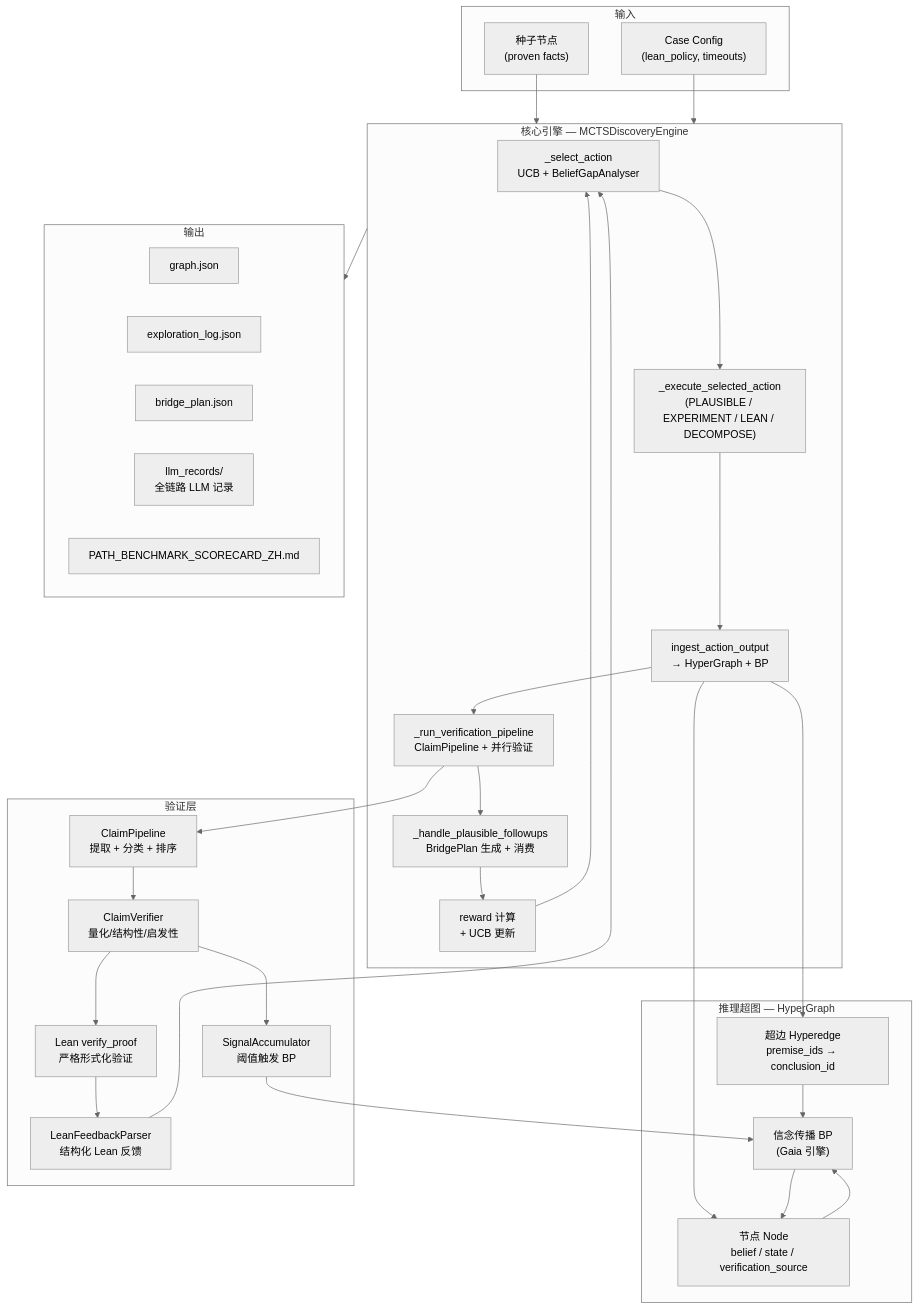
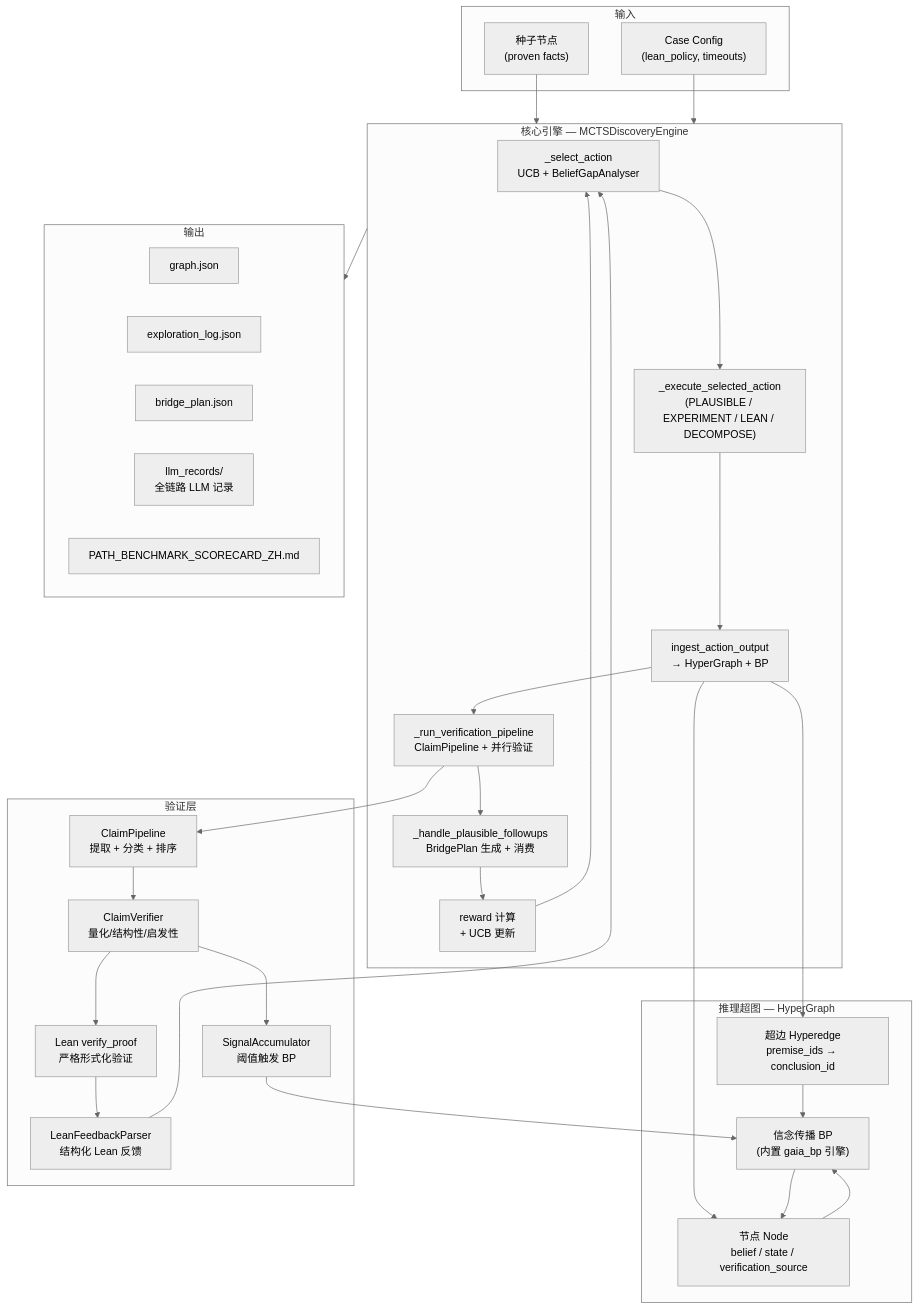
The first of 3 diagrams in docs/ARCHITECTURE_ZH.md (atom525/discovery-zero-v.2), drawn with Mermaid (neutral theme) before and after one commit. The commit also changed other lines of this file and 81 other files, not shown here.

````diff
--- a/docs/ARCHITECTURE_ZH.md
+++ b/docs/ARCHITECTURE_ZH.md
@@ -7,48 +7,48 @@
 ```mermaid
 flowchart TD
     subgraph input [输入]
         SeedNodes["种子节点\n(proven facts)"]
         CaseConfig["Case Config\n(lean_policy, timeouts)"]
     end
 
     subgraph core [核心引擎 — MCTSDiscoveryEngine]
         Select["_select_action\nUCB + BeliefGapAnalyser"]
         Execute["_execute_selected_action\n(PLAUSIBLE / EXPERIMENT / LEAN / DECOMPOSE)"]
         Ingest["ingest_action_output\n→ HyperGraph + BP"]
         VerifyPipeline["_run_verification_pipeline\nClaimPipeline + 并行验证"]
         BridgePlan["_handle_plausible_followups\nBridgePlan 生成 + 消费"]
         Reward["reward 计算\n+ UCB 更新"]
     end
 
     subgraph graph [推理超图 — HyperGraph]
         Nodes["节点 Node\nbelief / state / verification_source"]
         Edges["超边 Hyperedge\npremise_ids → conclusion_id"]
-        BP["信念传播 BP\n(Gaia 引擎)"]
+        BP["信念传播 BP\n(内置 gaia_bp 引擎)"]
     end
 
     subgraph verification [验证层]
         ClaimPipeline["ClaimPipeline\n提取 + 分类 + 排序"]
         ClaimVerifier["ClaimVerifier\n量化/结构性/启发性"]
         LeanVerify["Lean verify_proof\n严格形式化验证"]
         SignalAcc["SignalAccumulator\n阈值触发 BP"]
         LeanFeedback["LeanFeedbackParser\n结构化 Lean 反馈"]
     end
 
     subgraph output [输出]
         GraphJson["graph.json"]
         ExplorationLog["exploration_log.json"]
         BridgePlanJson["bridge_plan.json"]
         LLMRecords["llm_records/\n全链路 LLM 记录"]
         Scorecard["PATH_BENCHMARK_SCORECARD_ZH.md"]
     end
 
     SeedNodes --> core
     CaseConfig --> core
     Select --> Execute --> Ingest --> VerifyPipeline --> BridgePlan --> Reward --> Select
     Ingest --> Nodes & Edges
     Nodes & Edges --> BP --> Nodes
     VerifyPipeline --> ClaimPipeline --> ClaimVerifier --> LeanVerify & SignalAcc
     SignalAcc --> BP
     LeanVerify --> LeanFeedback --> Select
     core --> output
 ```
````
